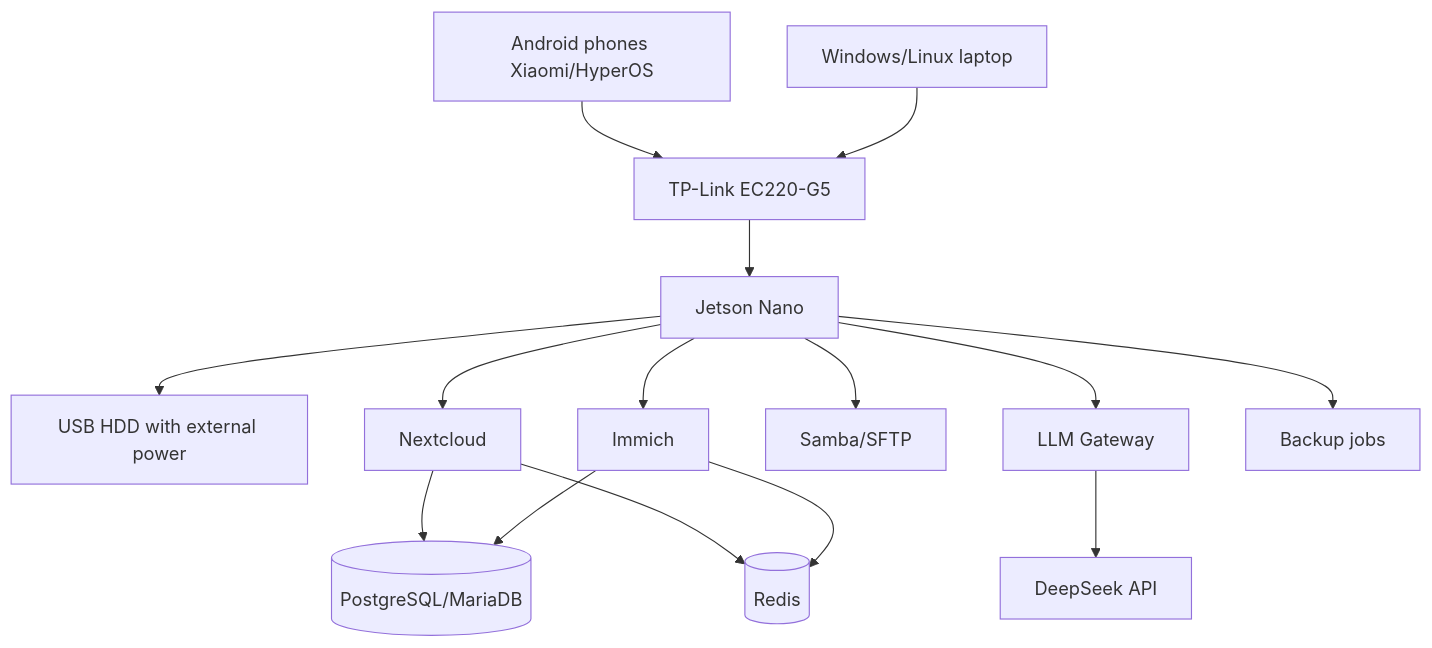
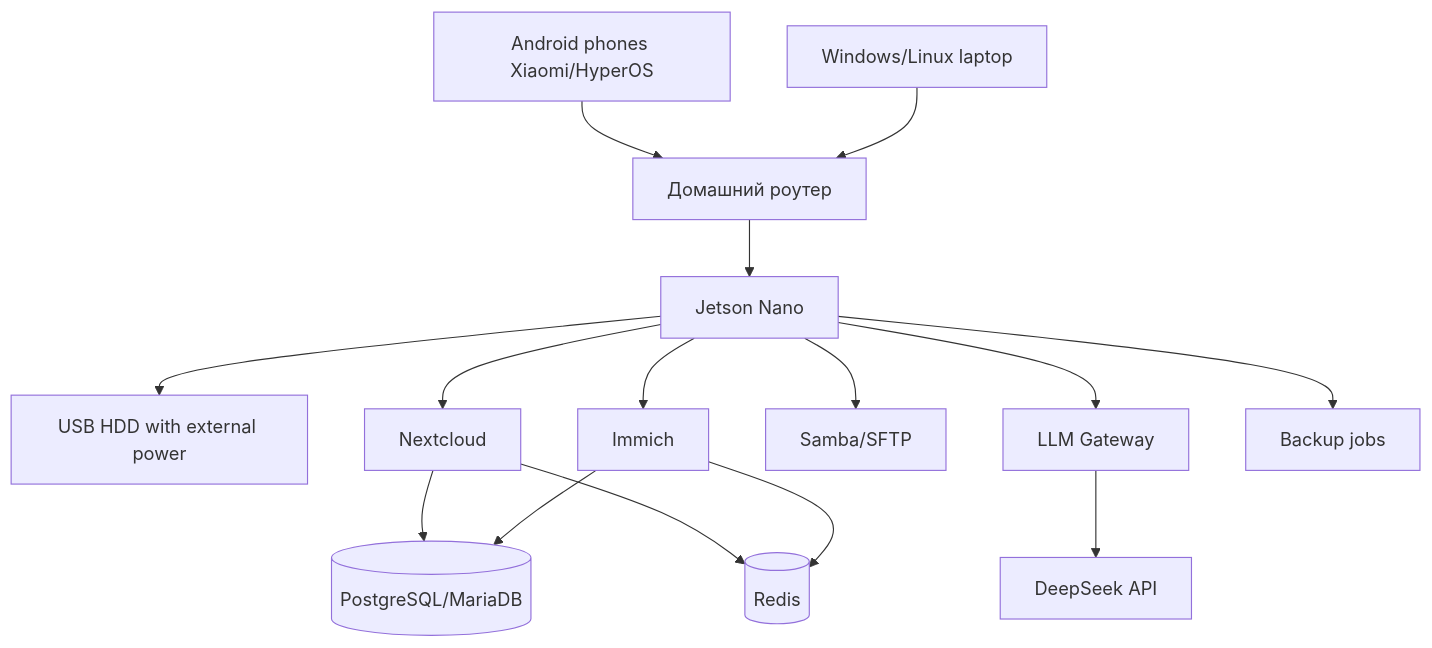
One commit to AlexeyBorovskoy/Nasa_home changed the diagram in docs/03_ARCHITECTURE.md. Above: the diagram before and after it, drawn with Mermaid. The commit also changed 9 other files, not shown here.

````diff
--- a/docs/03_ARCHITECTURE.md
+++ b/docs/03_ARCHITECTURE.md
@@ -5,31 +5,31 @@
 ```mermaid
 flowchart TB
     Android[Android phones Xiaomi/HyperOS]
     Laptop[Windows/Linux laptop]
-    Router[TP-Link EC220-G5]
+    Router[Домашний роутер]
     Jetson[Jetson Nano]
     HDD[USB HDD with external power]
     Nextcloud[Nextcloud]
     Immich[Immich]
     DB[(PostgreSQL/MariaDB)]
     Redis[(Redis)]
     Samba[Samba/SFTP]
     LLM[LLM Gateway]
     DeepSeek[DeepSeek API]
     Backup[Backup jobs]
 
     Android --> Router
     Laptop --> Router
     Router --> Jetson
     Jetson --> HDD
     Jetson --> Nextcloud
     Jetson --> Immich
     Nextcloud --> DB
     Immich --> DB
     Nextcloud --> Redis
     Immich --> Redis
     Jetson --> Samba
     Jetson --> Backup
     Jetson --> LLM
     LLM --> DeepSeek
 ```
````
